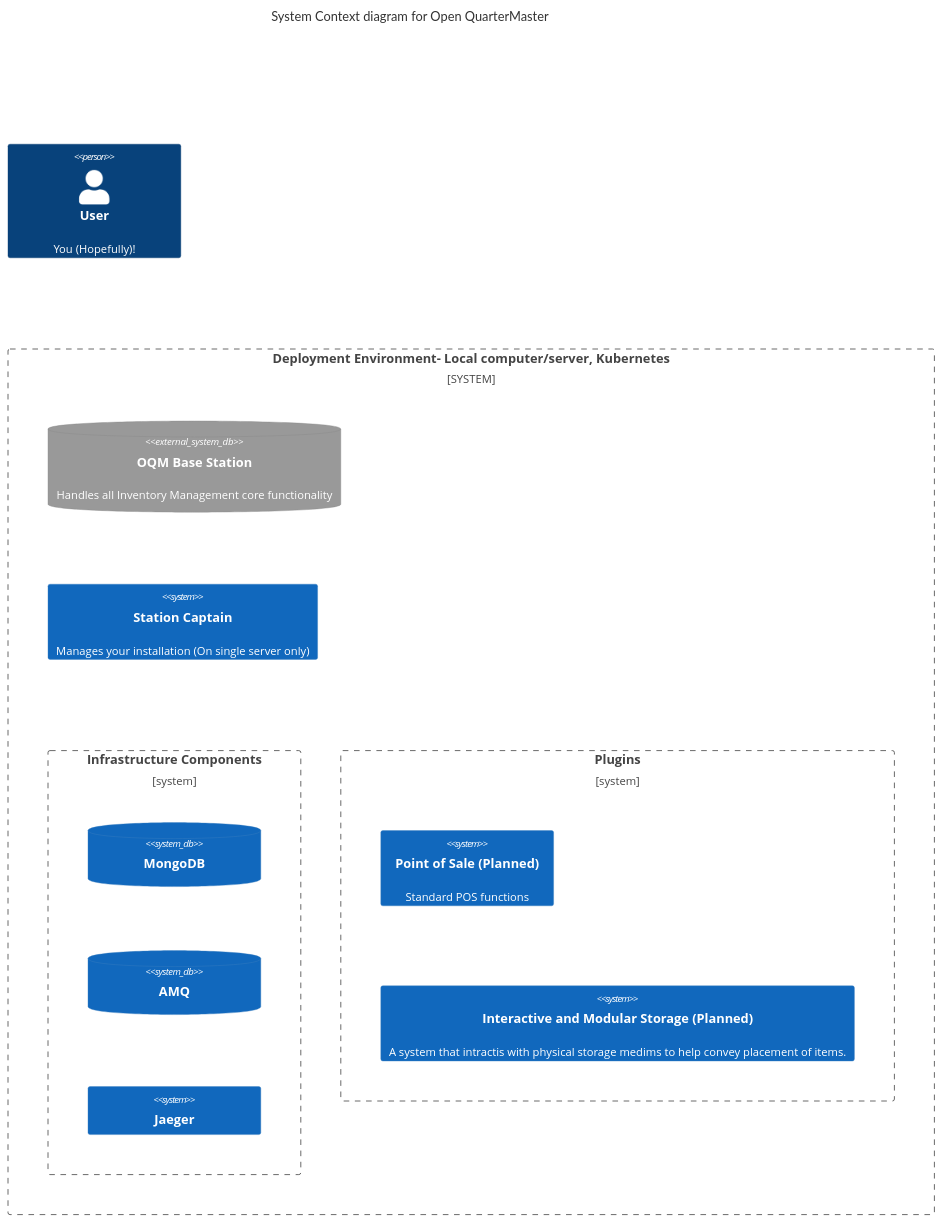
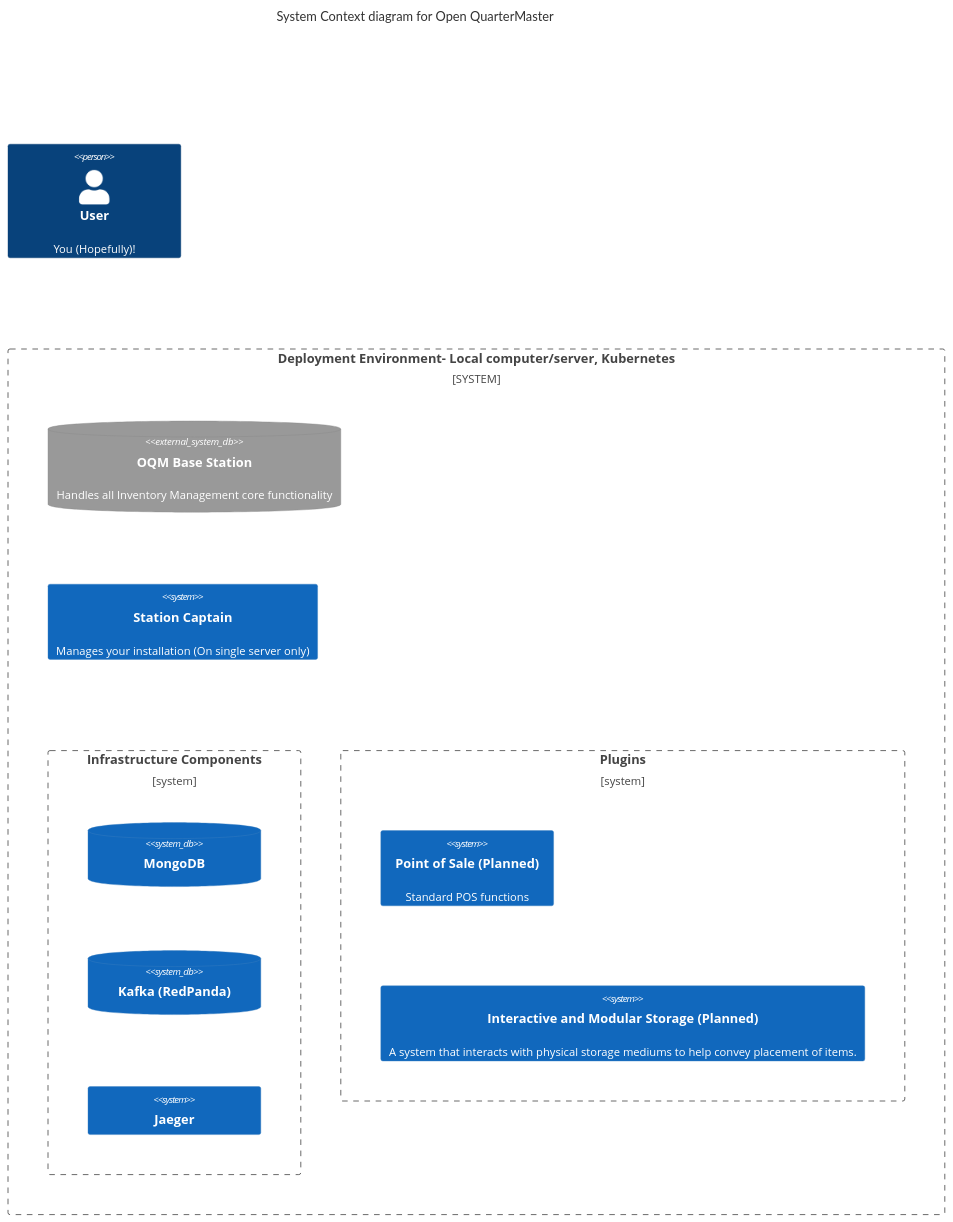
Before and after one commit to Epic-Breakfast-Productions/OpenQuarterMaster: the diagram in README.md, drawn with Mermaid. The commit also changed other lines of this file and 1 other file, not shown here.

Commit message:
Fix deployment path URL encoding and update AMQ to Kafka in README
- Remove URL encoding (%20) from Single Host deployment paths
- Update infrastructure diagram to show Kafka (RedPanda) instead of AMQ
- Fix typo: "intractis" -> "interacts" and "medims" -> "mediums"

🤖 Generated with [Claude Code](https://claude.ai/code)

````diff
--- a/README.md
+++ b/README.md
@@ -30,24 +30,24 @@
 ```mermaid
 C4Context
 title System Context diagram for Open QuarterMaster
 
 Person(user, "User", "You (Hopefully)!")
 
 System_Boundary(b1, "Deployment Environment- Local computer/server, Kubernetes") {
 
   SystemDb_Ext(baseStation, "OQM Base Station", "Handles all Inventory Management core functionality")
   System(stationCaptain, "Station Captain", "Manages your installation (On single server only)")
 
   Boundary(boundaryInfra, "Infrastructure Components") {
     SystemDb(mongo, "MongoDB")
-    SystemDb(amq, "AMQ")
+    SystemDb(kafka, "Kafka (RedPanda)")
     System(jaeger, "Jaeger")
   }
   
   Boundary(boundaryPlugins, "Plugins") {
     System(pluginPoc, "Point of Sale (Planned)", "Standard POS functions")
-    System(pluginStorage, "Interactive and Modular Storage (Planned)", "A system that intractis with physical storage medims to help convey placement of items.")
+    System(pluginStorage, "Interactive and Modular Storage (Planned)", "A system that interacts with physical storage mediums to help convey placement of items.")
   }
 }
 
 ```
````
